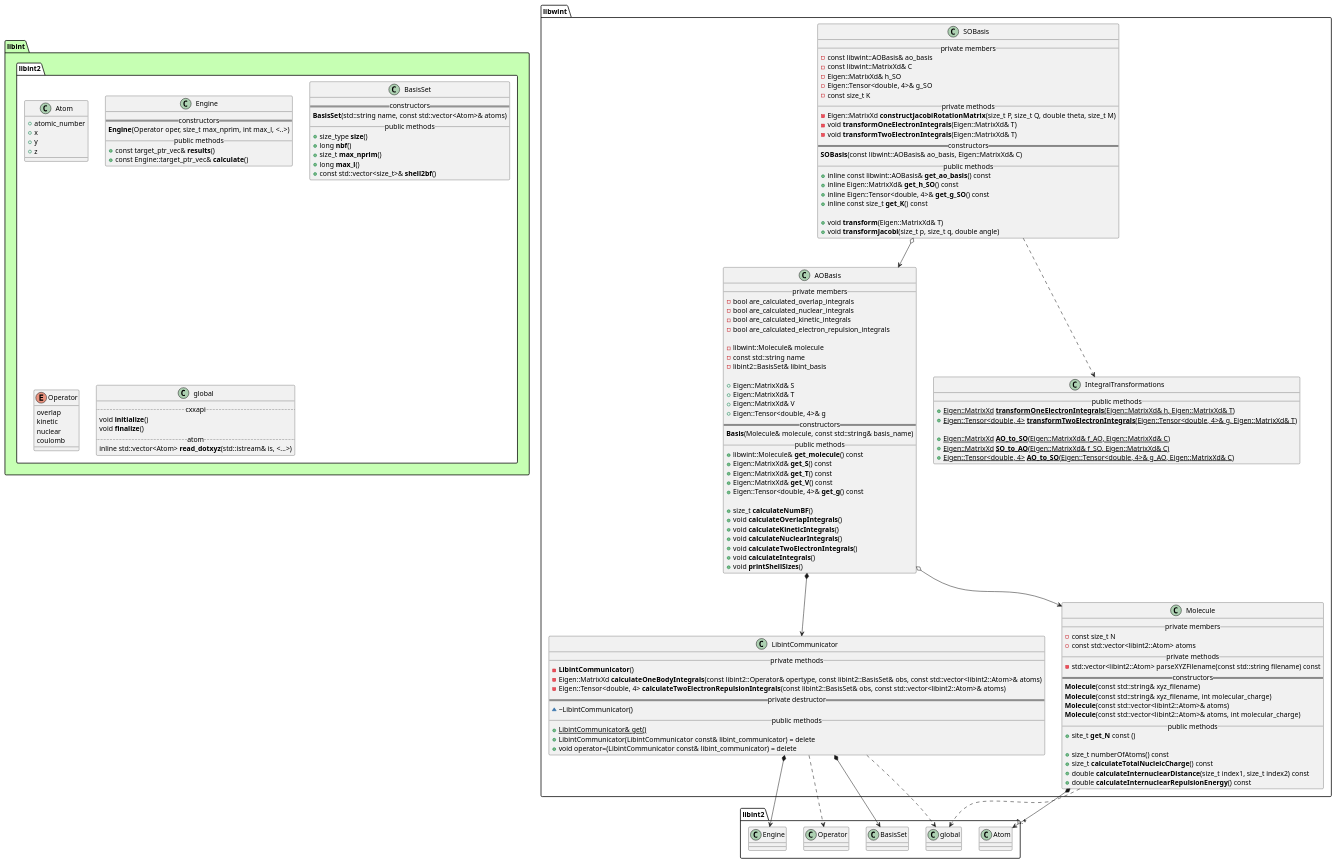
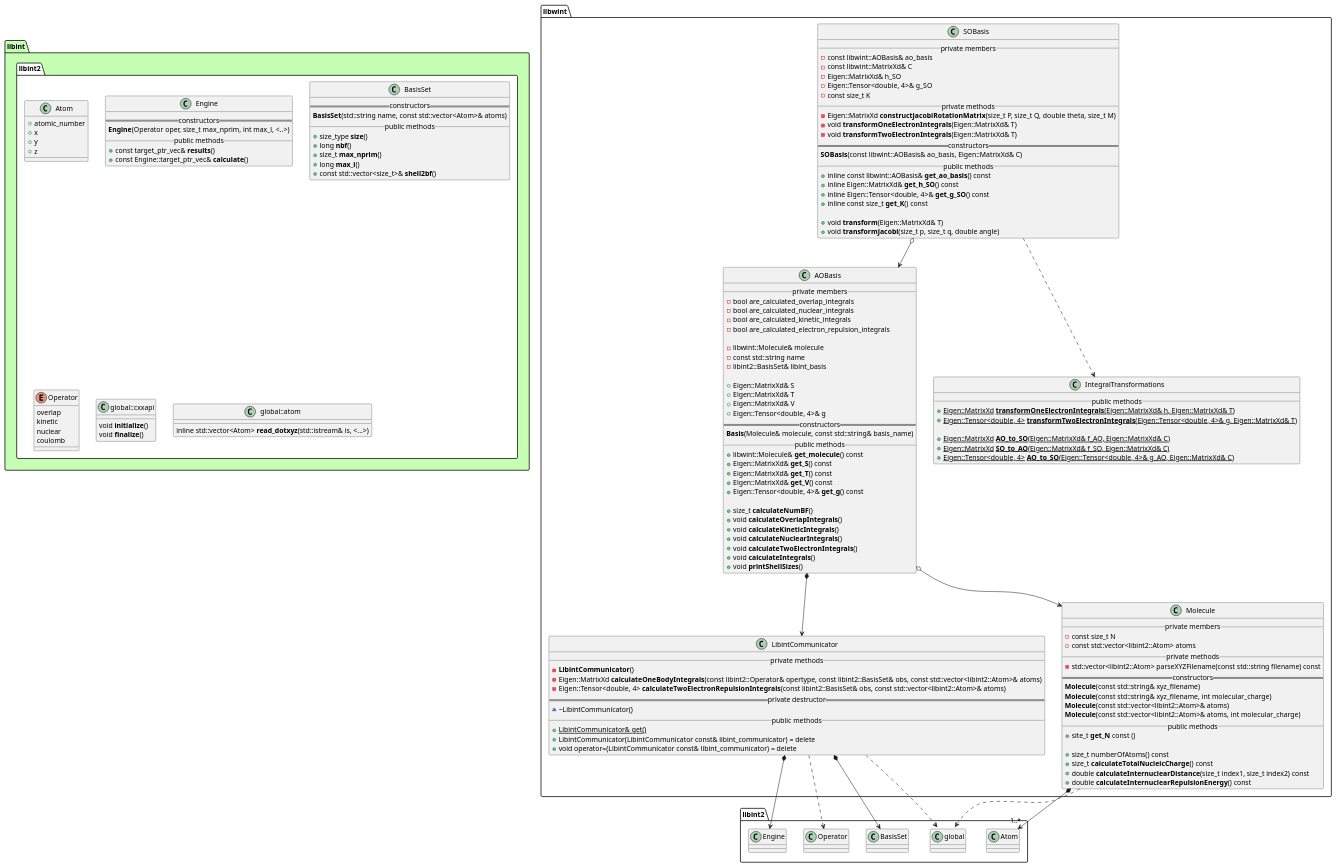
Before and after one commit to tmhuysen/libwint: the diagram in docs/libwint.puml, drawn with PlantUML. The commit also changed 1 other file, not shown here.

Commit message:
Split up cxxapi and atom in the UML diagram for clarity.

```diff
--- a/docs/libwint.puml
+++ b/docs/libwint.puml
@@ -1,177 +1,178 @@
 @startuml
 
 
 
 package libint #c6ffb3 {
     namespace libint2 #ffffff {
         class Atom {
             + atomic_number
             + x
             + y
             + z
         }
 
         class Engine {
             == constructors ==
                 **Engine**(Operator oper, size_t max_nprim, int max_l, <..>)
             __ public methods __
                 + const target_ptr_vec& **results**()
                 + const Engine::target_ptr_vec& **calculate**()
         }
 
         class BasisSet {
             == constructors ==
                 **BasisSet**(std::string name, const std::vector<Atom>& atoms)
             __ public methods __
                 + size_type **size**()
                 + long **nbf**()
                 + size_t **max_nprim**()
                 + long **max_l**()
                 + const std::vector<size_t>& **shell2bf**()
         }
 
         enum Operator {
             overlap
             kinetic
             nuclear
             coulomb
         }
 
-        class global {
-            .. cxxapi ..
+        class global::cxxapi {
                 void **initialize**()
                 void **finalize**()
-            .. atom ..
-                inline std::vector<Atom> **read_dotxyz**(std::istream& is, <...>)
+        }
+
+        class global::atom {
+            inline std::vector<Atom> **read_dotxyz**(std::istream& is, <...>)
         }
     }
 }
 
 
 
 
 namespace libwint {
 
     class AOBasis {
         __ private members __
             - bool are_calculated_overlap_integrals
             - bool are_calculated_nuclear_integrals
             - bool are_calculated_kinetic_integrals
             - bool are_calculated_electron_repulsion_integrals
 
             - libwint::Molecule& molecule
             - const std::string name
             - libint2::BasisSet& libint_basis
 
             + Eigen::MatrixXd& S
             + Eigen::MatrixXd& T
             + Eigen::MatrixXd& V
             + Eigen::Tensor<double, 4>& g
         == constructors ==
             **Basis**(Molecule& molecule, const std::string& basis_name)
         __ public methods __
             + libwint::Molecule& **get_molecule**() const
             + Eigen::MatrixXd& **get_S**() const
             + Eigen::MatrixXd& **get_T**() const
             + Eigen::MatrixXd& **get_V**() const
             + Eigen::Tensor<double, 4>& **get_g**() const
 
             + size_t **calculateNumBF**()
             + void **calculateOverlapIntegrals**()
             + void **calculateKineticIntegrals**()
             + void **calculateNuclearIntegrals**()
             + void **calculateTwoElectronIntegrals**()
             + void **calculateIntegrals**()
             + void **printShellSizes**()
     }
 
 
     class SOBasis {
         __ private members __
             - const libwint::AOBasis& ao_basis
             - const libwint::MatrixXd& C
             - Eigen::MatrixXd& h_SO
             - Eigen::Tensor<double, 4>& g_SO
             - const size_t K
         __ private methods __
             - Eigen::MatrixXd **constructJacobiRotationMatrix**(size_t P, size_t Q, double theta, size_t M)
             - void **transformOneElectronIntegrals**(Eigen::MatrixXd& T)
             - void **transformTwoElectronIntegrals**(Eigen::MatrixXd& T)
         == constructors ==
             **SOBasis**(const libwint::AOBasis& ao_basis, Eigen::MatrixXd& C)
         __ public methods __
             + inline const libwint::AOBasis& **get_ao_basis**() const
             + inline Eigen::MatrixXd& **get_h_SO**() const
             + inline Eigen::Tensor<double, 4>& **get_g_SO**() const
             + inline const size_t **get_K**() const
 
             + void **transform**(Eigen::MatrixXd& T)
             + void **transformJacobi**(size_t p, size_t q, double angle)
     }
 
 
     class IntegralTransformations {
         __ public methods __
             + {static} Eigen::MatrixXd **transformOneElectronIntegrals**(Eigen::MatrixXd& h, Eigen::MatrixXd& T)
             + {static} Eigen::Tensor<double, 4> **transformTwoElectronIntegrals**(Eigen::Tensor<double, 4>& g, Eigen::MatrixXd& T)
 
             + {static} Eigen::MatrixXd **AO_to_SO**(Eigen::MatrixXd& f_AO, Eigen::MatrixXd& C)
             + {static} Eigen::MatrixXd **SO_to_AO**(Eigen::MatrixXd& f_SO, Eigen::MatrixXd& C)
             + {static} Eigen::Tensor<double, 4> **AO_to_SO**(Eigen::Tensor<double, 4>& g_AO, Eigen::MatrixXd& C)
     }
 
 
     class LibintCommunicator {
         __ private methods __
             - **LibintCommunicator**()
             - Eigen::MatrixXd **calculateOneBodyIntegrals**(const libint2::Operator& opertype, const libint2::BasisSet& obs, const std::vector<libint2::Atom>& atoms)
             - Eigen::Tensor<double, 4> **calculateTwoElectronRepulsionIntegrals**(const libint2::BasisSet& obs, const std::vector<libint2::Atom>& atoms)
         == private destructor ==
             ~ ~LibintCommunicator()
         __ public methods __
             + {static} LibintCommunicator& get()
             + LibintCommunicator(LibintCommunicator const& libint_communicator) = delete
             + void operator=(LibintCommunicator const& libint_communicator) = delete
     }
 
 
     class Molecule {
         __ private members __
             - const size_t N
             - const std::vector<libint2::Atom> atoms
         __ private methods __
             - std::vector<libint2::Atom> parseXYZFilename(const std::string filename) const
         == constructors ==
             **Molecule**(const std::string& xyz_filename)
             **Molecule**(const std::string& xyz_filename, int molecular_charge)
             **Molecule**(const std::vector<libint2::Atom>& atoms)
             **Molecule**(const std::vector<libint2::Atom>& atoms, int molecular_charge)
         __ public methods __
             + site_t **get_N** const ()
 
             + size_t numberOfAtoms() const
             + size_t **calculateTotalNucleicCharge**() const
             + double **calculateInternuclearDistance**(size_t index1, size_t index2) const
             + double **calculateInternuclearRepulsionEnergy**() const
     }
 
 }
 
 
 
 libwint.AOBasis o--> libwint.Molecule
 libwint.AOBasis *--> libwint.LibintCommunicator
 
 libwint.LibintCommunicator *--> libint2.BasisSet
 libwint.LibintCommunicator ..> libint2.Operator
 libwint.LibintCommunicator *--> libint2.Engine
-libwint.LibintCommunicator ..> libint2.global
+libwint.LibintCommunicator ..> libint2.global::cxxapi
 
 libwint.Molecule *--> "1..*" libint2.Atom
-libwint.Molecule ..> libint2.global
+libwint.Molecule ..> libint2.global::atom
 
 libwint.SOBasis ..> libwint.IntegralTransformations
 libwint.SOBasis o--> libwint.AOBasis
 
 
 @enduml
```
